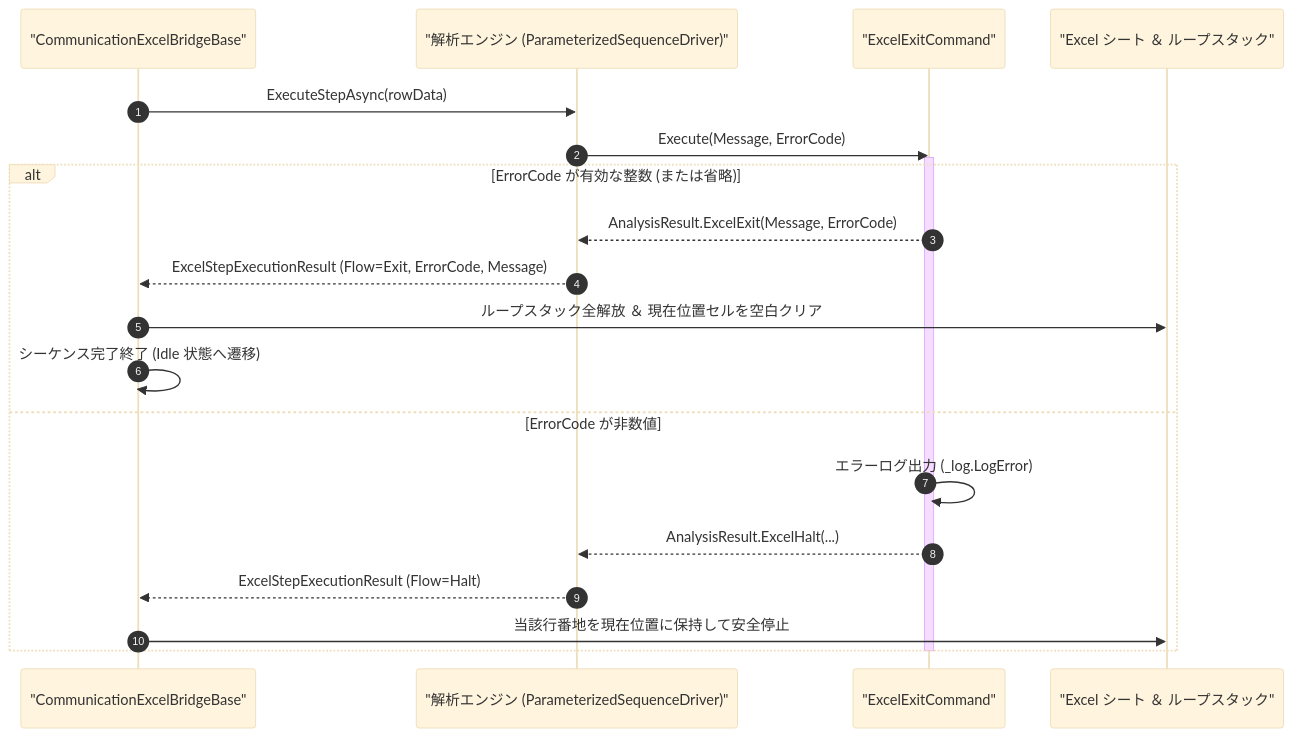
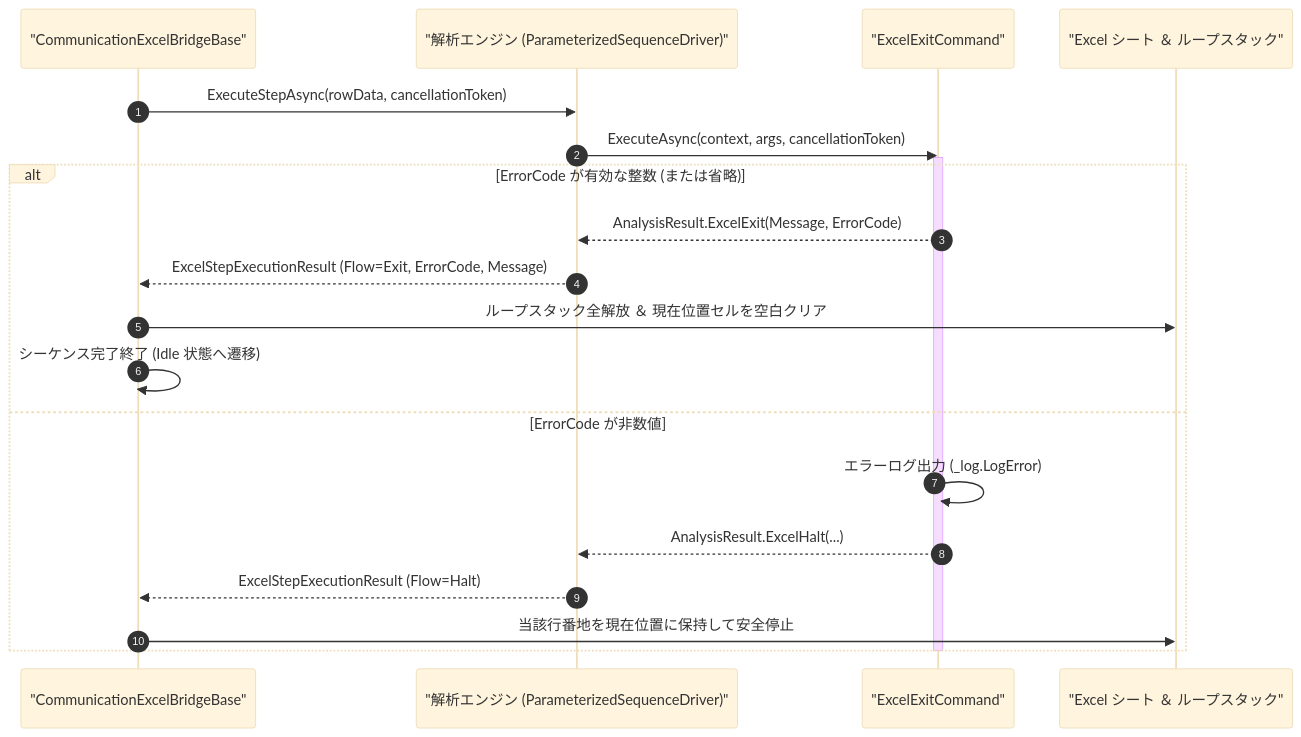
Before and after one commit to Monaca-App/TermAddIn: the diagram in Manual/Core/Excel/Excel_Exit.Md, drawn with Mermaid (base theme). The commit also changed other lines of this file and 157 other files, not shown here.

````diff
--- a/Manual/Core/Excel/Excel_Exit.Md
+++ b/Manual/Core/Excel/Excel_Exit.Md
@@ -67,24 +67,24 @@
 ```mermaid
 sequenceDiagram
     autonumber
     participant Bridge as "CommunicationExcelBridgeBase"
     participant Engine as "解析エンジン (ParameterizedSequenceDriver)"
     participant Cmd as "ExcelExitCommand"
     participant Sheet as "Excel シート ＆ ループスタック"
 
-    Bridge->>Engine: ExecuteStepAsync(rowData)
-    Engine->>Cmd: Execute(Message, ErrorCode)
+    Bridge->>Engine: ExecuteStepAsync(rowData, cancellationToken)
+    Engine->>Cmd: ExecuteAsync(context, args, cancellationToken)
     activate Cmd
     alt ErrorCode が有効な整数 (または省略)
         Cmd-->>Engine: AnalysisResult.ExcelExit(Message, ErrorCode)
         Engine-->>Bridge: ExcelStepExecutionResult (Flow=Exit, ErrorCode, Message)
         Bridge->>Sheet: ループスタック全解放 ＆ 現在位置セルを空白クリア
         Bridge->>Bridge: シーケンス完了終了 (Idle 状態へ遷移)
     else ErrorCode が非数値
         Cmd->>Cmd: エラーログ出力 (_log.LogError)
         Cmd-->>Engine: AnalysisResult.ExcelHalt(...)
         Engine-->>Bridge: ExcelStepExecutionResult (Flow=Halt)
         Bridge->>Sheet: 当該行番地を現在位置に保持して安全停止
     end
     deactivate Cmd
 ```
````
